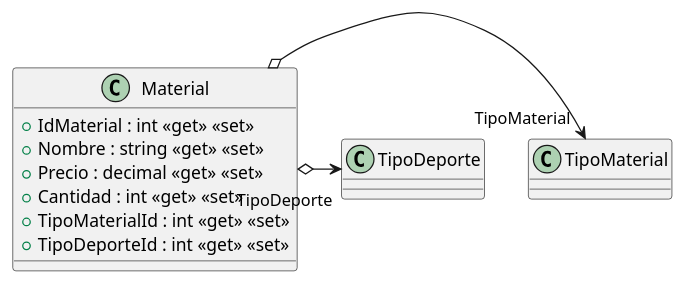
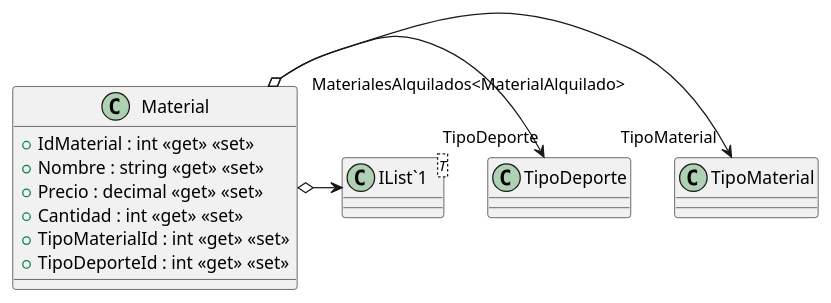
One commit to 2026-27AstonMartin/ISII2627AstonMartin changed the diagram in src/AppForSEII.API/ClassDiagram/Models/Material.puml. Above: the diagram before and after it, drawn with PlantUML. The commit also changed 11 other files, not shown here.

First line of the commit message:
Desarrollar clase MaterialAlquilado (#73)

```diff
--- a/src/AppForSEII.API/ClassDiagram/Models/Material.puml
+++ b/src/AppForSEII.API/ClassDiagram/Models/Material.puml
@@ -1,12 +1,15 @@
 @startuml
 class Material {
     + IdMaterial : int <<get>> <<set>>
     + Nombre : string <<get>> <<set>>
     + Precio : decimal <<get>> <<set>>
     + Cantidad : int <<get>> <<set>>
     + TipoMaterialId : int <<get>> <<set>>
     + TipoDeporteId : int <<get>> <<set>>
 }
+class "IList`1"<T> {
+}
 Material o-> "TipoMaterial" TipoMaterial
 Material o-> "TipoDeporte" TipoDeporte
+Material o-> "MaterialesAlquilados<MaterialAlquilado>" "IList`1"
 @enduml
```
